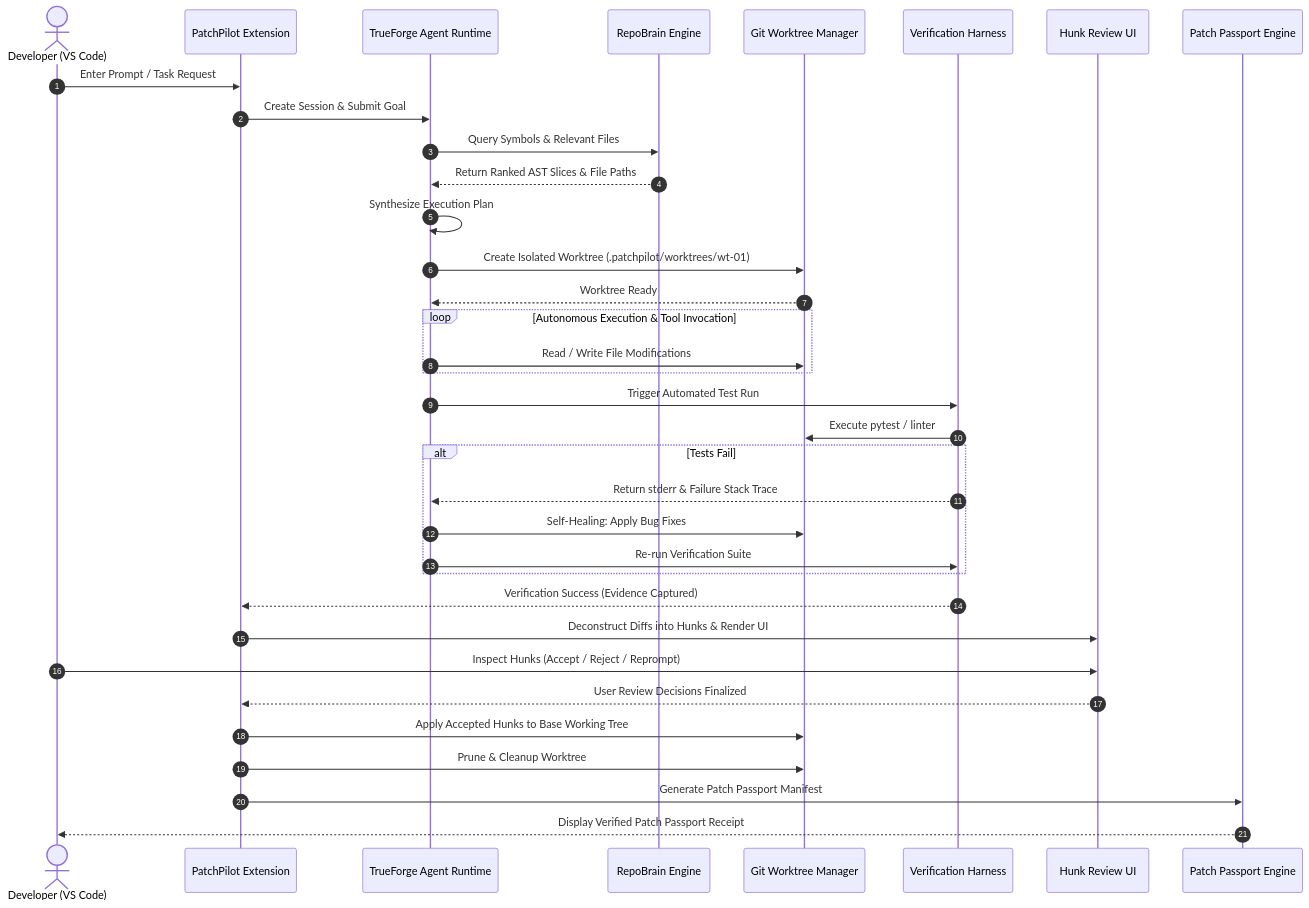
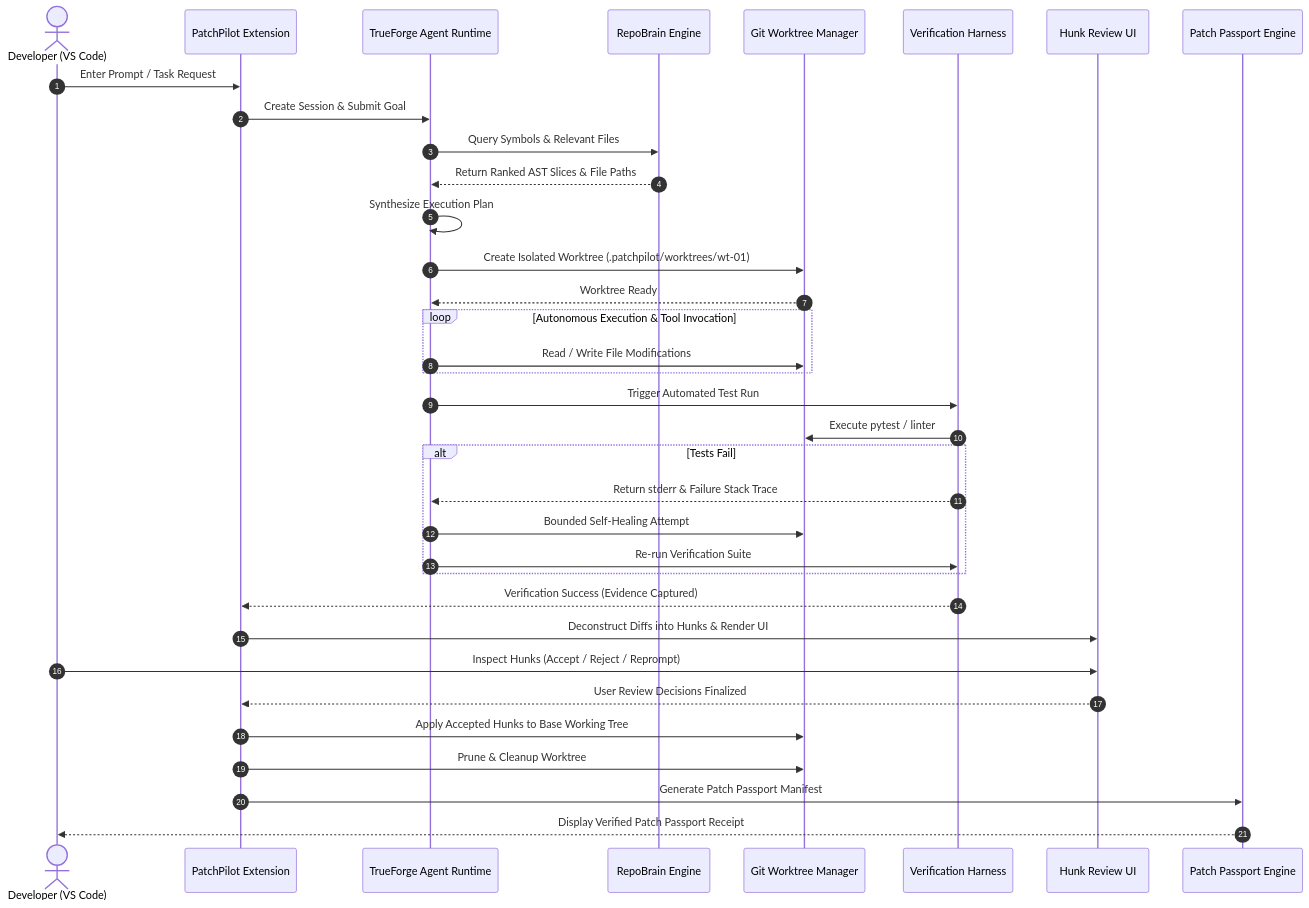
Before and after one commit to madhura200227/PatchPilot: the third of 4 diagrams in README.md, drawn with Mermaid. The commit also changed other lines of this file and 5 other files, not shown here.

````diff
--- a/README.md
+++ b/README.md
@@ -274,42 +274,42 @@
 ```mermaid
 sequenceDiagram
     autonumber
     actor Dev as Developer (VS Code)
     participant Ext as PatchPilot Extension
     participant TF as TrueForge Agent Runtime
     participant RB as RepoBrain Engine
     participant WT as Git Worktree Manager
     participant VH as Verification Harness
     participant HK as Hunk Review UI
     participant PP as Patch Passport Engine
 
     Dev->>Ext: Enter Prompt / Task Request
     Ext->>TF: Create Session & Submit Goal
     TF->>RB: Query Symbols & Relevant Files
     RB-->>TF: Return Ranked AST Slices & File Paths
     TF->>TF: Synthesize Execution Plan
     TF->>WT: Create Isolated Worktree (.patchpilot/worktrees/wt-01)
     WT-->>TF: Worktree Ready
 
     loop Autonomous Execution & Tool Invocation
         TF->>WT: Read / Write File Modifications
     end
 
     TF->>VH: Trigger Automated Test Run
     VH->>WT: Execute pytest / linter
     alt Tests Fail
         VH-->>TF: Return stderr & Failure Stack Trace
-        TF->>WT: Self-Healing: Apply Bug Fixes
+        TF->>WT: Bounded Self-Healing Attempt
         TF->>VH: Re-run Verification Suite
     end
     VH-->>Ext: Verification Success (Evidence Captured)
 
     Ext->>HK: Deconstruct Diffs into Hunks & Render UI
     Dev->>HK: Inspect Hunks (Accept / Reject / Reprompt)
     HK-->>Ext: User Review Decisions Finalized
 
     Ext->>WT: Apply Accepted Hunks to Base Working Tree
     Ext->>WT: Prune & Cleanup Worktree
     Ext->>PP: Generate Patch Passport Manifest
     PP-->>Dev: Display Verified Patch Passport Receipt
 ```
````
